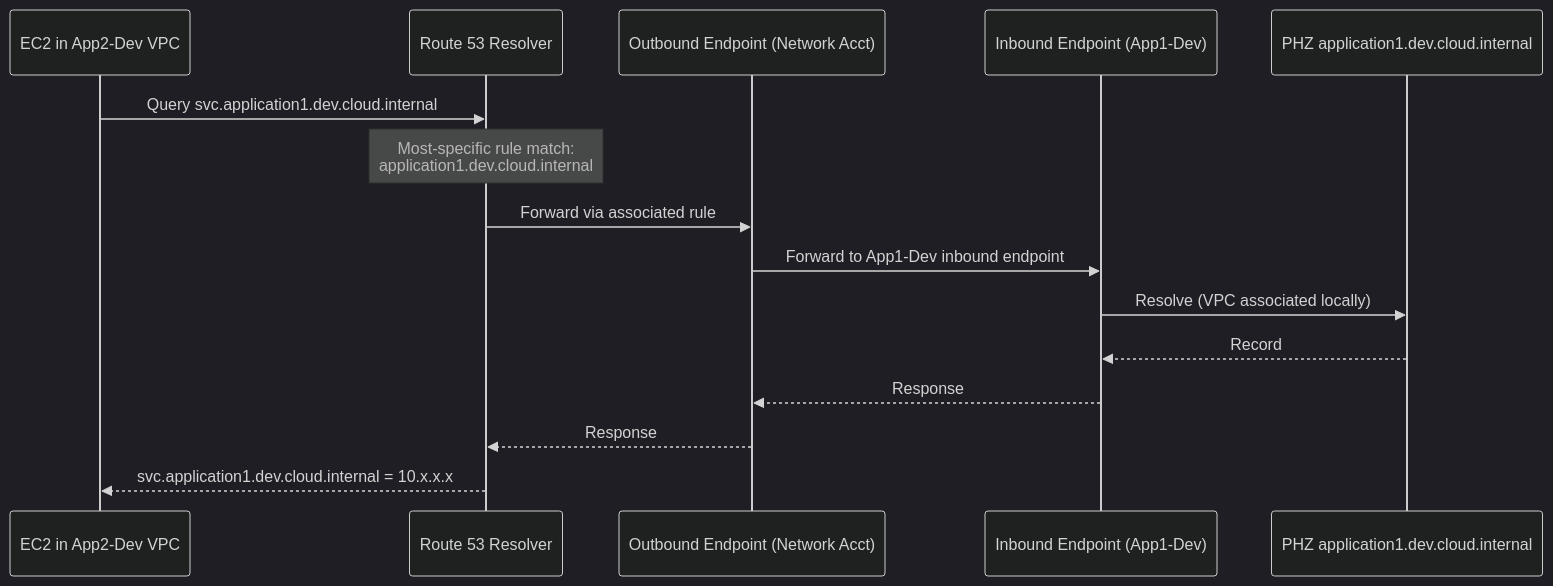
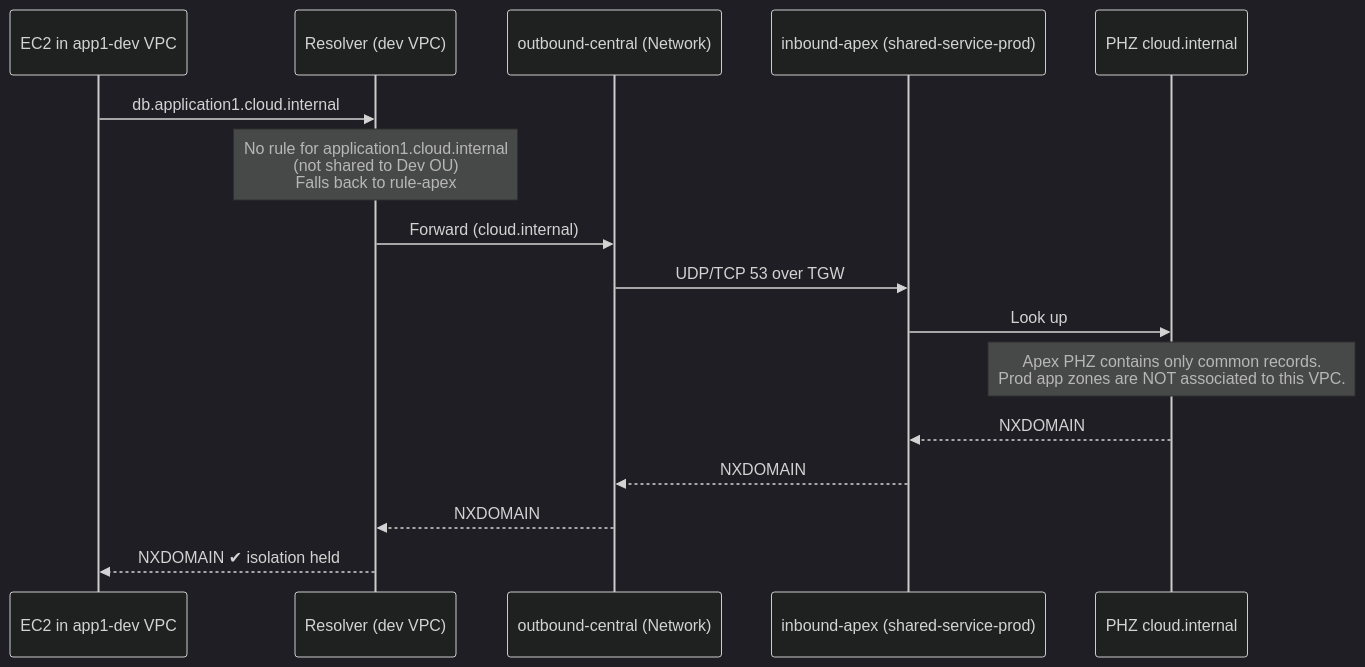
The third of 3 diagrams in dnsResolution/private-hosted-zones.md (joshuamfrancis/Wikis), drawn with Mermaid (dark theme) before and after one commit. The commit also changed other lines of this file, not shown here.

````diff
--- a/dnsResolution/private-hosted-zones.md
+++ b/dnsResolution/private-hosted-zones.md
@@ -218,18 +421,19 @@
 ```mermaid
 sequenceDiagram
-    participant EC2 as EC2 in App2-Dev VPC
-    participant R53 as Route 53 Resolver
-    participant OUT as Outbound Endpoint (Network Acct)
-    participant IN as Inbound Endpoint (App1-Dev)
-    participant PHZ as PHZ application1.dev.cloud.internal
+    participant EC2 as EC2 in app1-dev VPC
+    participant R53 as Resolver (dev VPC)
+    participant OUT as outbound-central (Network)
+    participant IN as inbound-apex (shared-service-prod)
+    participant PHZ as PHZ cloud.internal
 
-    EC2->>R53: Query svc.application1.dev.cloud.internal
-    Note over R53: Most-specific rule match:<br/>application1.dev.cloud.internal
-    R53->>OUT: Forward via associated rule
-    OUT->>IN: Forward to App1-Dev inbound endpoint
-    IN->>PHZ: Resolve (VPC associated locally)
-    PHZ-->>IN: Record
-    IN-->>OUT: Response
-    OUT-->>R53: Response
-    R53-->>EC2: svc.application1.dev.cloud.internal = 10.x.x.x
+    EC2->>R53: db.application1.cloud.internal
+    Note over R53: No rule for application1.cloud.internal<br/>(not shared to Dev OU)<br/>Falls back to rule-apex
+    R53->>OUT: Forward (cloud.internal)
+    OUT->>IN: UDP/TCP 53 over TGW
+    IN->>PHZ: Look up
+    Note over PHZ: Apex PHZ contains only common records.<br/>Prod app zones are NOT associated to this VPC.
+    PHZ-->>IN: NXDOMAIN
+    IN-->>OUT: NXDOMAIN
+    OUT-->>R53: NXDOMAIN
+    R53-->>EC2: NXDOMAIN ✔ isolation held
 ```
````
